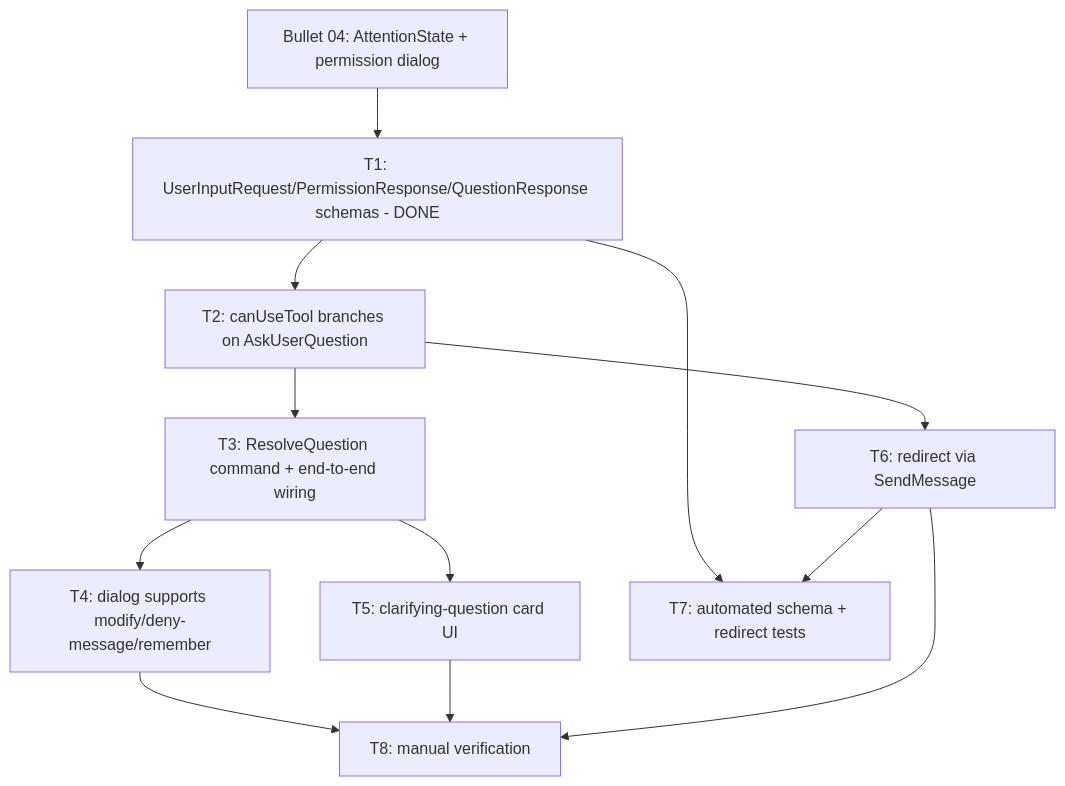
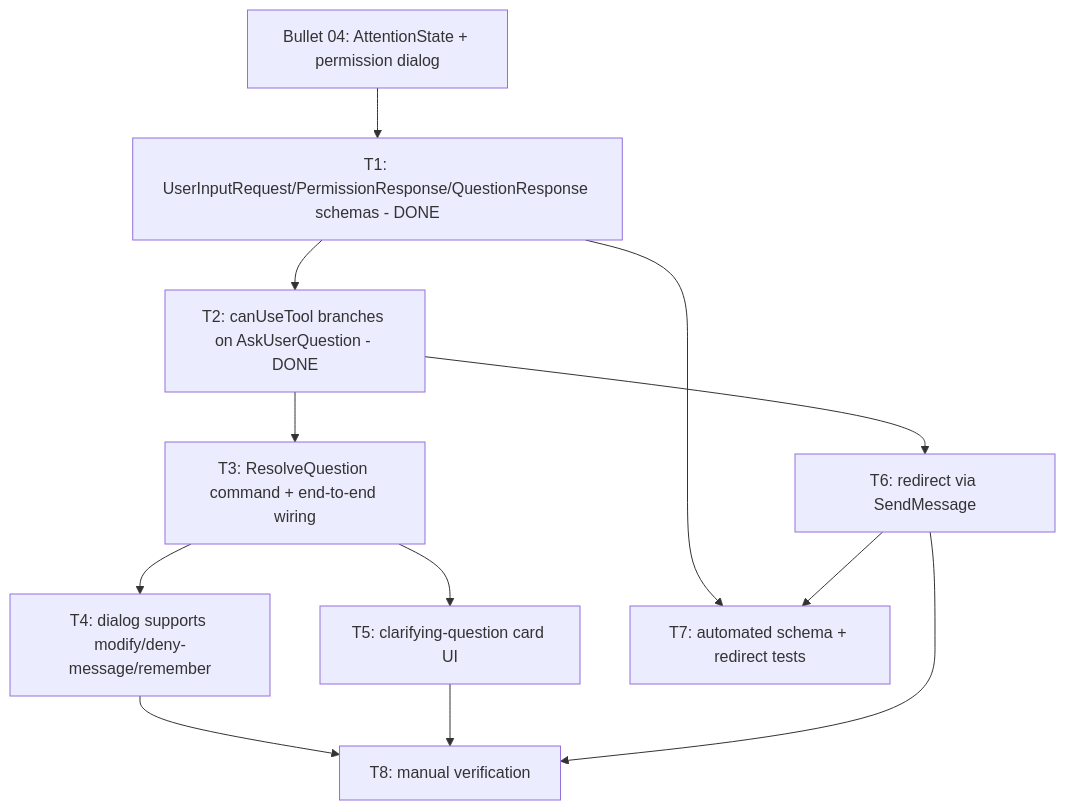
One commit to draekien/dia changed the diagram in .draekien/break-down-prd/dia-mvp/06-richer-permission-responses-and-questions.md. Above: the diagram before and after it, drawn with Mermaid. The commit also changed other lines of this file and 6 other files, not shown here.

Commit message:
feat: branch canUseTool on AskUserQuestion and route rich responses to the subprocess

````diff
--- a/.draekien/break-down-prd/dia-mvp/06-richer-permission-responses-and-questions.md
+++ b/.draekien/break-down-prd/dia-mvp/06-richer-permission-responses-and-questions.md
@@ -29,23 +34,23 @@
 ```mermaid
 graph TD
   B04[Bullet 04: AttentionState + permission dialog]
   T1[T1: UserInputRequest/PermissionResponse/QuestionResponse schemas - DONE]
-  T2[T2: canUseTool branches on AskUserQuestion]
+  T2[T2: canUseTool branches on AskUserQuestion - DONE]
   T3[T3: ResolveQuestion command + end-to-end wiring]
   T4[T4: dialog supports modify/deny-message/remember]
   T5[T5: clarifying-question card UI]
   T6[T6: redirect via SendMessage]
   T7[T7: automated schema + redirect tests]
   T8[T8: manual verification]
   B04 --> T1
   T1 --> T2
   T2 --> T3
   T3 --> T4
   T3 --> T5
   T2 --> T6
   T1 --> T7
   T6 --> T7
   T4 --> T8
   T5 --> T8
   T6 --> T8
 ```
````
